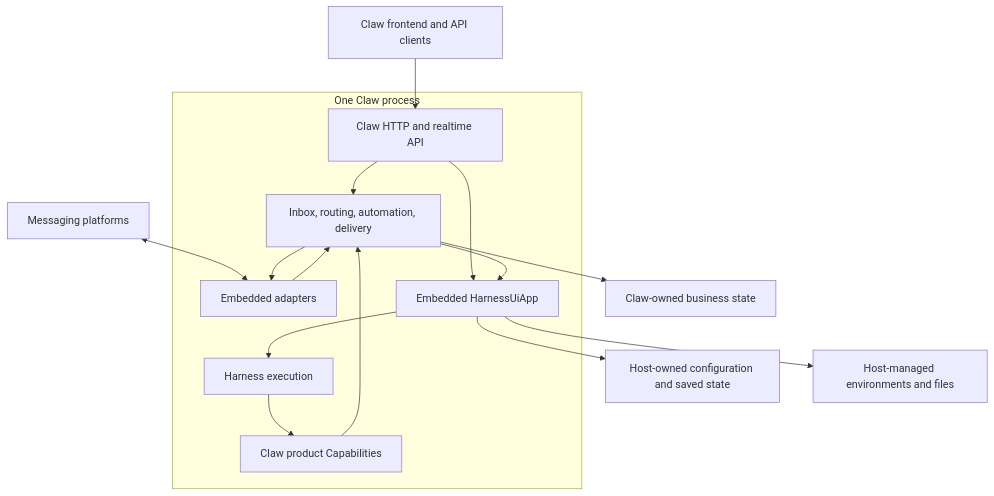
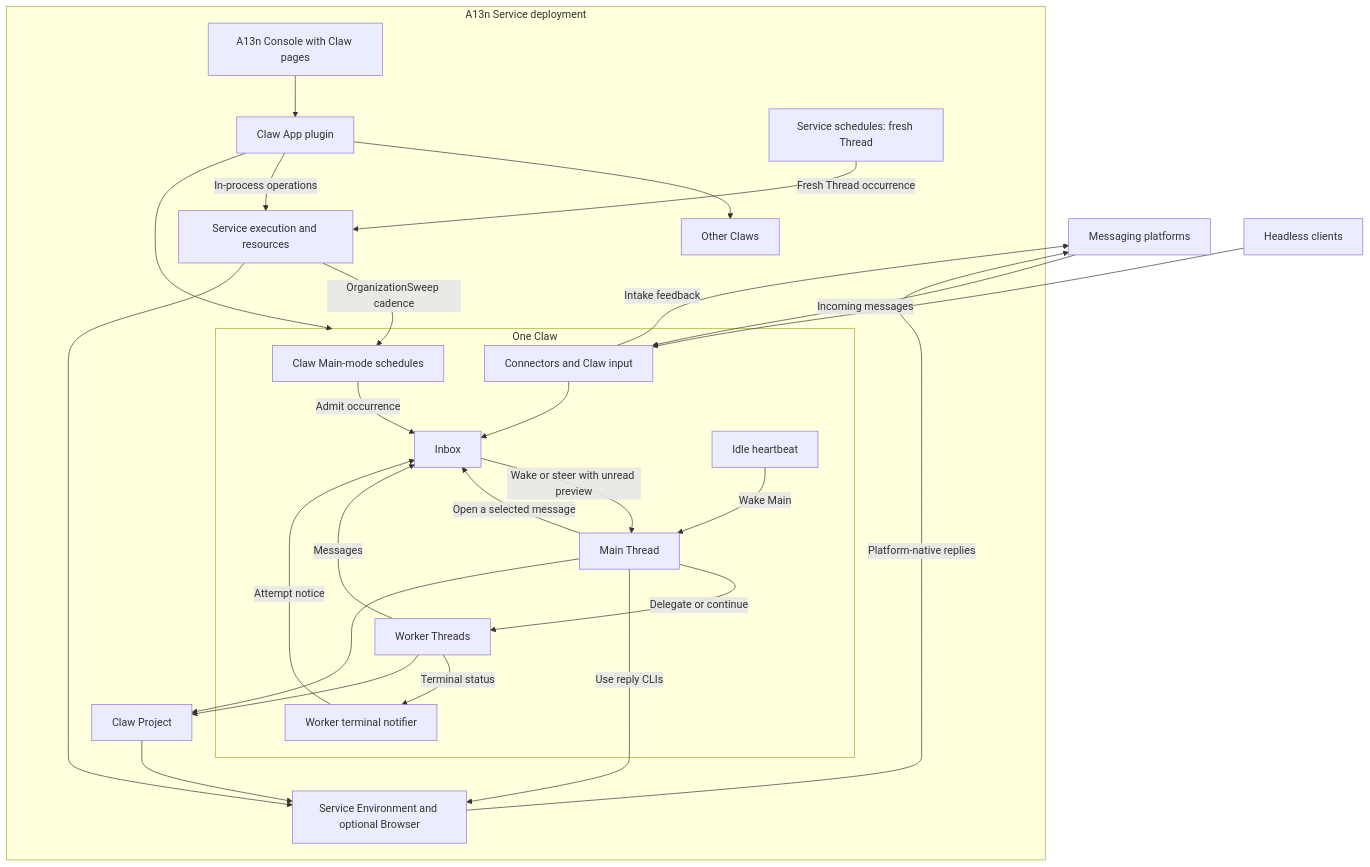
The first of 2 diagrams in spec/00-overview.md (Wh1isper/a13n-claw), drawn with Mermaid before and after one commit. The commit also changed other lines of this file and 240 other files, not shown here.

First line of the commit message:
feat(claw)!: run Claw as a native Service App (#57)

````diff
--- a/spec/00-overview.md
+++ b/spec/00-overview.md
@@ -13,18 +11,47 @@
 ```mermaid
 flowchart TB
-    Frontend[Claw frontend and API clients] --> API
-    Platforms[Messaging platforms] <--> Bridges
-    subgraph Process[One Claw process]
-        API[Claw HTTP and realtime API] --> Product
-        API --> Host
-        Bridges[Embedded adapters] --> Product
-        Product[Inbox, routing, automation, delivery] --> Host
-        Host[Embedded HarnessUiApp] --> Harness
-        Harness[Harness execution] --> Tools[Claw product Capabilities]
-        Tools --> Product
-        Product --> Bridges
+    Platforms[Messaging platforms]
+    Clients[Headless clients]
+    subgraph Deployment[A13n Service deployment]
+        Console[A13n Console with Claw pages]
+        App[Claw App plugin]
+        subgraph A[One Claw]
+            Connector[Connectors and Claw input]
+            Inbox[Inbox]
+            Main[Main Thread]
+            Workers[Worker Threads]
+            Notices[Worker terminal notifier]
+            Heartbeat[Idle heartbeat]
+            ClawSchedule[Claw Main-mode schedules]
+            Connector --> Inbox
+            Inbox -->|Wake or steer with unread preview| Main
+            Main -->|Open a selected message| Inbox
+            Main -->|Delegate or continue| Workers
+            Workers -->|Messages| Inbox
+            Workers -->|Terminal status| Notices
+            Notices -->|Attempt notice| Inbox
+            Heartbeat -->|Wake Main| Main
+            ClawSchedule -->|Admit occurrence| Inbox
+        end
+        B[Other Claws]
+        Service[Service execution and resources]
+        Scheduler[Service schedules: fresh Thread]
+        Project[Claw Project]
+        Work[Service Environment and optional Browser]
+        Console --> App
+        App --> A
+        App --> B
+        App -->|In-process operations| Service
+        Service -->|OrganizationSweep cadence| ClawSchedule
+        Scheduler -->|Fresh Thread occurrence| Service
+        Main -->|Use reply CLIs| Work
+        Main --> Project
+        Workers --> Project
+        Project --> Work
+        Service --> Work
     end
-    Host --> HostState[Host-owned configuration and saved state]
-    Product --> BusinessState[Claw-owned business state]
-    Host --> Environment[Host-managed environments and files]
+    Platforms -->|Incoming messages| Connector
+    Connector -->|Intake feedback| Platforms
+    Work -->|Platform-native replies| Platforms
+    Clients --> Connector
 ```
````
